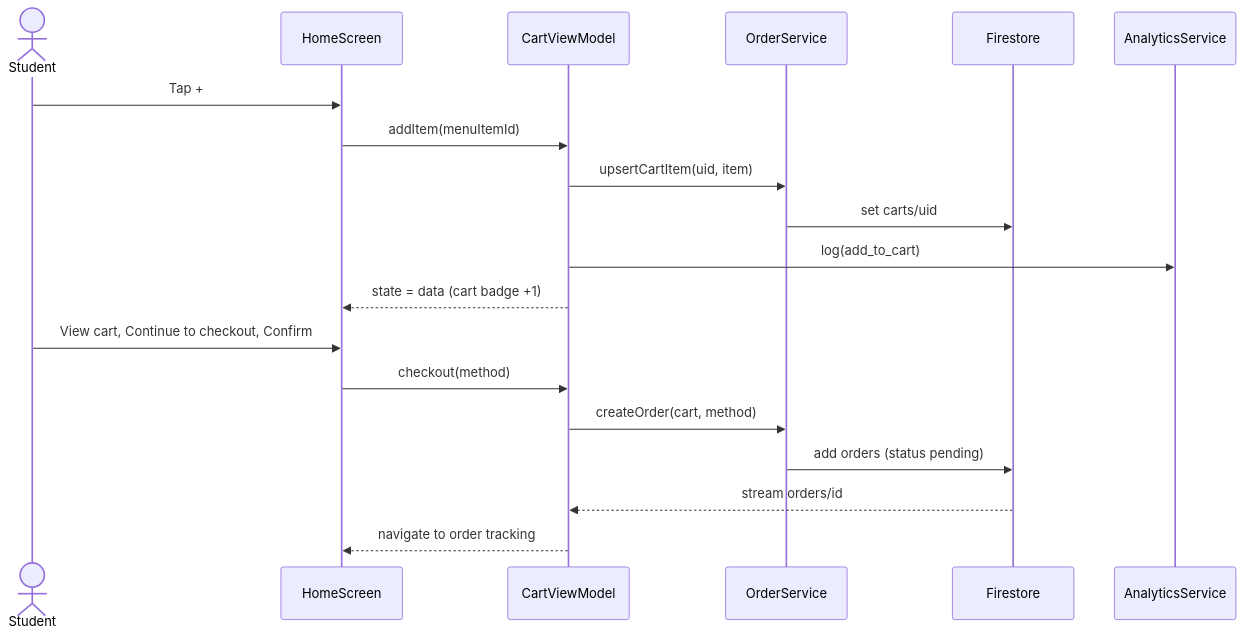
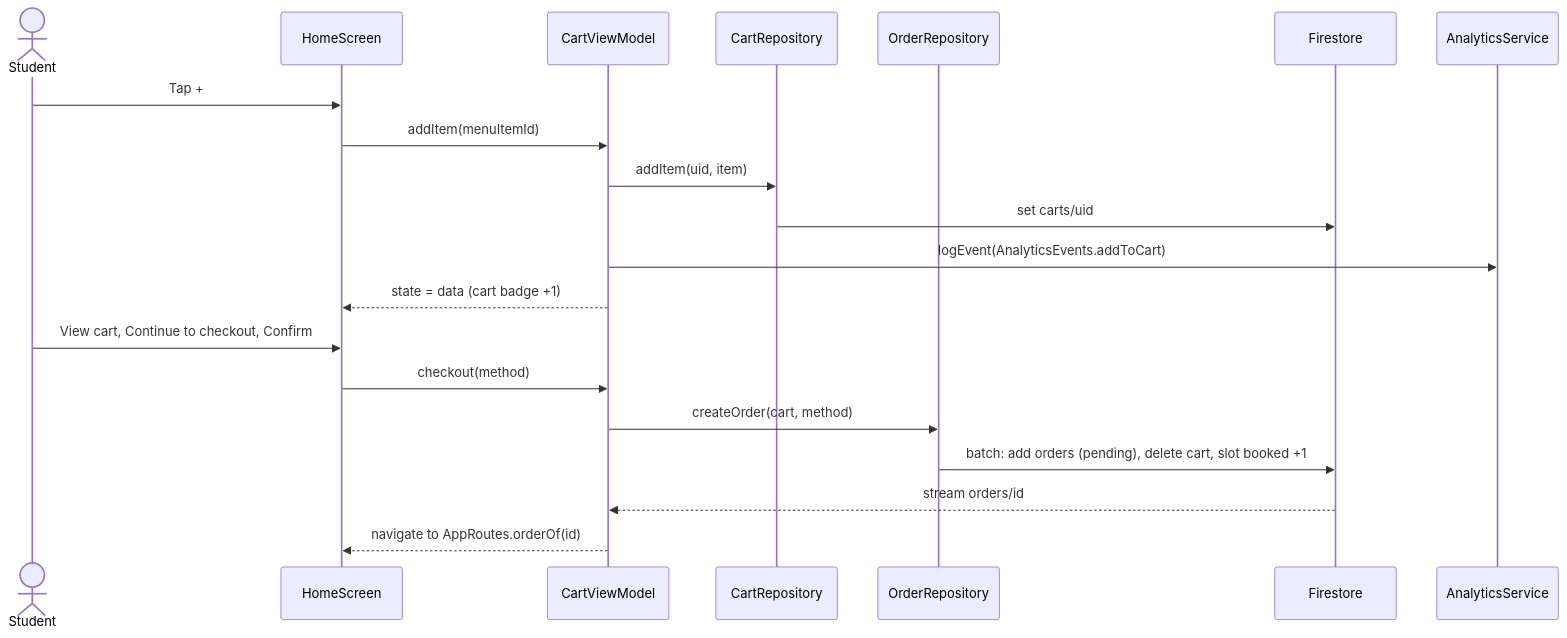
The second of 2 diagrams in docs/architecture.md (baonv0817/PRM393_Lab03_Group2), drawn with Mermaid before and after one commit. The commit also changed other lines of this file and 127 other files, not shown here.

Commit message:
[T20] Update docs for the new architecture

````diff
--- a/docs/architecture.md
+++ b/docs/architecture.md
@@ -46,21 +72,22 @@
 ```mermaid
 sequenceDiagram
     actor U as Student
     participant H as HomeScreen
     participant C as CartViewModel
-    participant O as OrderService
+    participant CR as CartRepository
+    participant OR as OrderRepository
     participant F as Firestore
     participant A as AnalyticsService
     U->>H: Tap +
     H->>C: addItem(menuItemId)
-    C->>O: upsertCartItem(uid, item)
-    O->>F: set carts/uid
-    C->>A: log(add_to_cart)
+    C->>CR: addItem(uid, item)
+    CR->>F: set carts/uid
+    C->>A: logEvent(AnalyticsEvents.addToCart)
     C-->>H: state = data (cart badge +1)
     U->>H: View cart, Continue to checkout, Confirm
     H->>C: checkout(method)
-    C->>O: createOrder(cart, method)
-    O->>F: add orders (status pending)
+    C->>OR: createOrder(cart, method)
+    OR->>F: batch: add orders (pending), delete cart, slot booked +1
     F-->>C: stream orders/id
-    C-->>H: navigate to order tracking
+    C-->>H: navigate to AppRoutes.orderOf(id)
 ```
````
